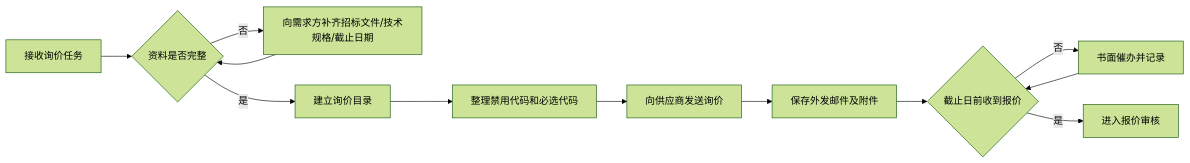
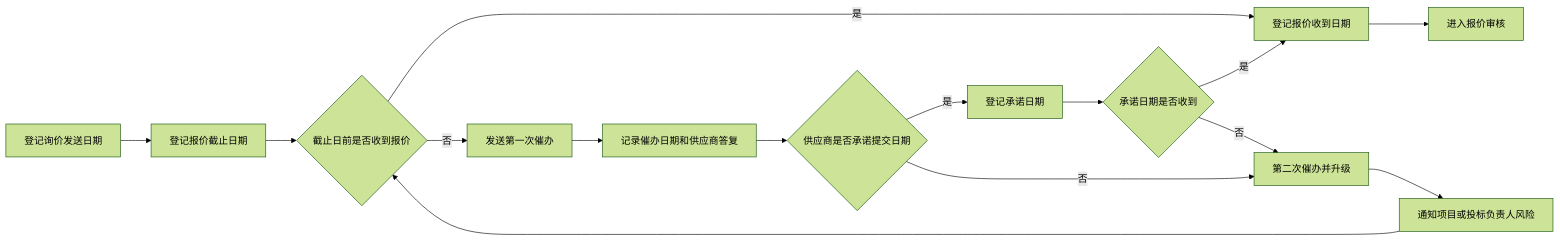
Before and after one commit to giengenbw/chassisprocess: the sixth of 52 diagrams in README.md, drawn with Mermaid (forest theme). The commit also changed other lines of this file, not shown here.

````diff
--- a/README.md
+++ b/README.md
@@ -129,14 +129,17 @@
 ```mermaid
 flowchart LR
-    A[接收询价任务] --> B{资料是否完整}
-    B -->|否| C[向需求方补齐招标文件/技术规格/截止日期]
-    C --> B
-    B -->|是| D[建立询价目录]
-    D --> E[整理禁用代码和必选代码]
-    E --> F[向供应商发送询价]
-    F --> G[保存外发邮件及附件]
-    G --> H{截止日前收到报价}
-    H -->|否| I[书面催办并记录]
-    I --> H
-    H -->|是| J[进入报价审核]
+    A[登记询价发送日期] --> B[登记报价截止日期]
+    B --> C{截止日前是否收到报价}
+    C -->|是| D[登记报价收到日期]
+    D --> E[进入报价审核]
+    C -->|否| F[发送第一次催办]
+    F --> G[记录催办日期和供应商答复]
+    G --> H{供应商是否承诺提交日期}
+    H -->|是| I[登记承诺日期]
+    I --> J{承诺日期是否收到}
+    J -->|是| D
+    J -->|否| K[第二次催办并升级]
+    H -->|否| K
+    K --> L[通知项目或投标负责人风险]
+    L --> C
 ```
````
